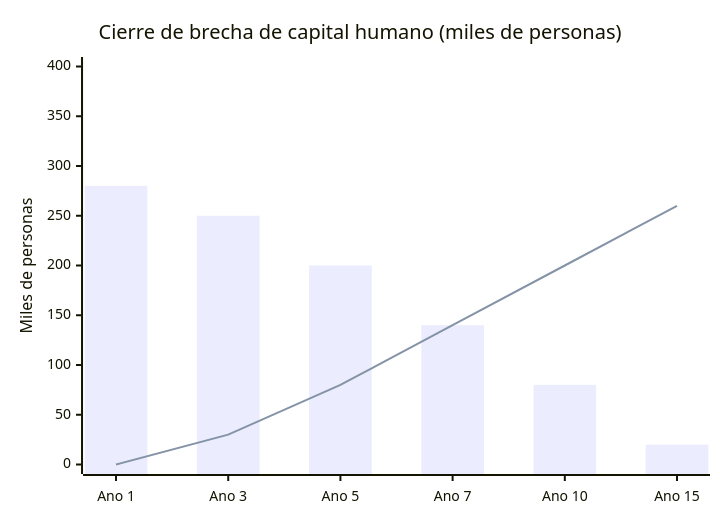
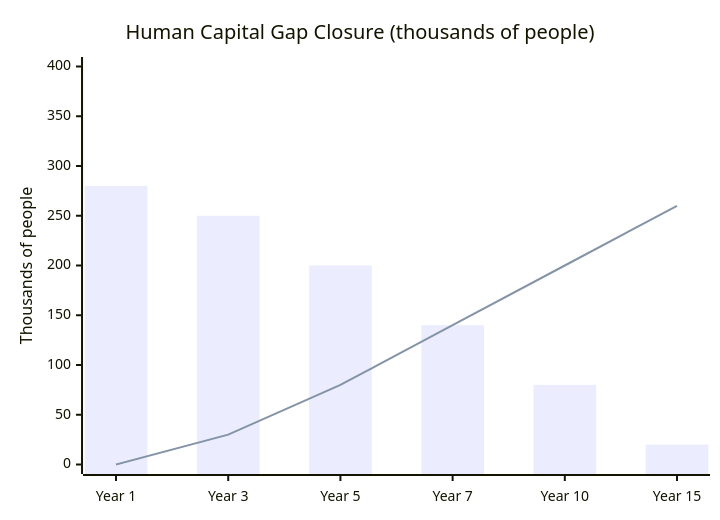
One commit to Venezuela-S-A/venezuela-sa changed the second of 3 diagrams in i18n/en/docusaurus-plugin-content-docs/current/05-transformacion/capital-humano.md. Above: the diagram before and after it, drawn with Mermaid. The commit also changed other lines of this file and 127 other files, not shown here.

````diff
--- a/i18n/en/docusaurus-plugin-content-docs/current/05-transformacion/capital-humano.md
+++ b/i18n/en/docusaurus-plugin-content-docs/current/05-transformacion/capital-humano.md
@@ -95,8 +95,8 @@
 ```mermaid
 xychart-beta
-    title "Cierre de brecha de capital humano (miles de personas)"
-    x-axis ["Ano 1", "Ano 3", "Ano 5", "Ano 7", "Ano 10", "Ano 15"]
-    y-axis "Miles de personas" 0 --> 400
+    title "Human Capital Gap Closure (thousands of people)"
+    x-axis ["Year 1", "Year 3", "Year 5", "Year 7", "Year 10", "Year 15"]
+    y-axis "Thousands of people" 0 --> 400
     bar [280, 250, 200, 140, 80, 20]
     line [0, 30, 80, 140, 200, 260]
 ```
````
